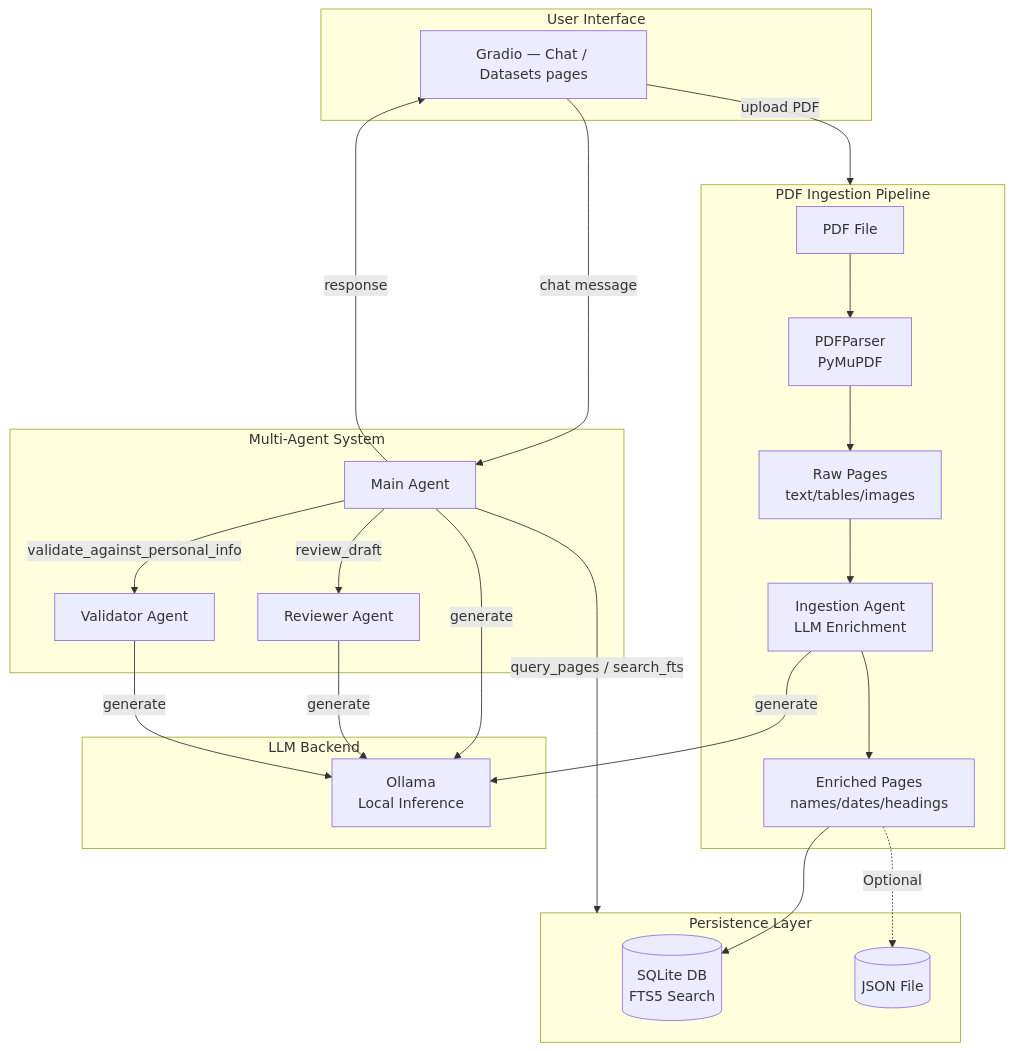
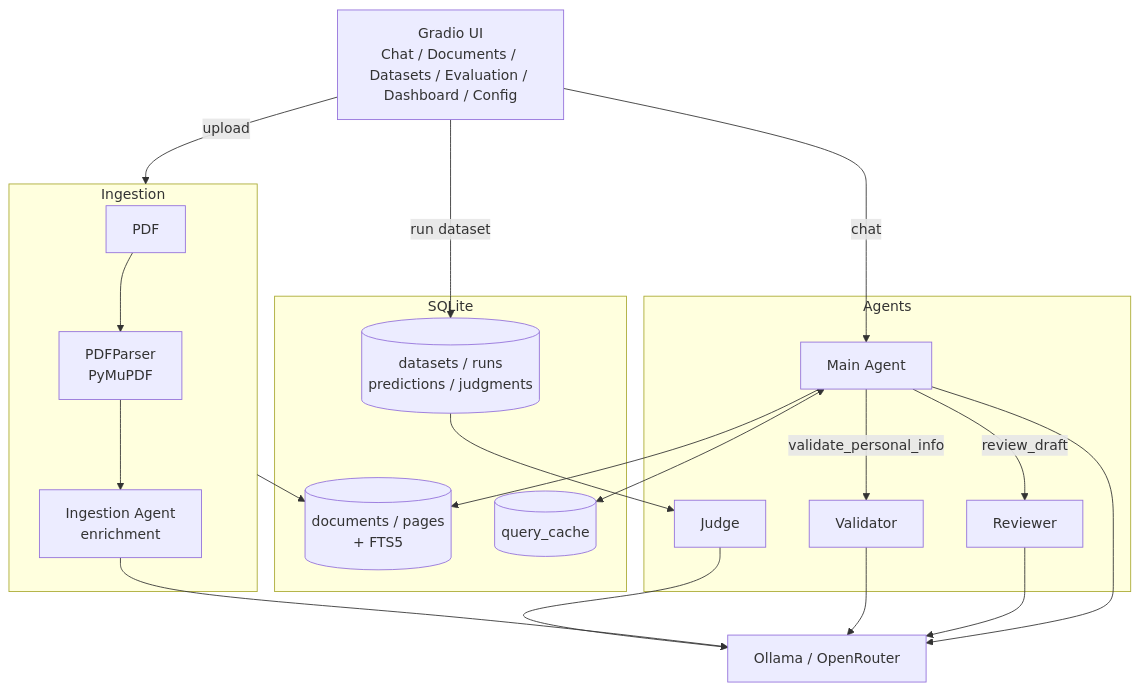
Before and after one commit to dallal9/Doc2Agent: the diagram in README.md, drawn with Mermaid. The commit also changed other lines of this file, not shown here.

````diff
--- a/README.md
+++ b/README.md
@@ -142,39 +66,37 @@
 ```mermaid
 flowchart TB
-    subgraph UI[User Interface]
-        GR[Gradio — Chat / Datasets pages]
+    UI[Gradio UI<br/>Chat / Documents / Datasets / Evaluation / Dashboard / Config]
+
+    subgraph Ingestion[Ingestion]
+        PDF[PDF] --> Parser[PDFParser<br/>PyMuPDF]
+        Parser --> IngAgent[Ingestion Agent<br/>enrichment]
     end
 
-    subgraph Ingestion[PDF Ingestion Pipeline]
-        PDF[PDF File] --> Parser[PDFParser<br/>PyMuPDF]
-        Parser --> RawPages[Raw Pages<br/>text/tables/images]
-        RawPages --> IngAgent[Ingestion Agent<br/>LLM Enrichment]
-        IngAgent --> EnrichedPages[Enriched Pages<br/>names/dates/headings]
+    subgraph Storage[SQLite]
+        Pages[(documents / pages<br/>+ FTS5)]
+        Cache[(query_cache)]
+        EvalDB[(datasets / runs<br/>predictions / judgments)]
     end
 
-    subgraph Storage[Persistence Layer]
-        EnrichedPages --> SQLite[(SQLite DB<br/>FTS5 Search)]
-        EnrichedPages -.->|Optional| JSON[(JSON File)]
+    subgraph Agents[Agents]
+        Main[Main Agent]
+        Reviewer[Reviewer]
+        Validator[Validator]
+        Judge[Judge]
+        Main -->|review_draft| Reviewer
+        Main -->|validate_personal_info| Validator
     end
 
-    subgraph Agents[Multi-Agent System]
-        Main[Main Agent]
-        Reviewer[Reviewer Agent]
-        Validator[Validator Agent]
-        Main -->|review_draft| Reviewer
-        Main -->|validate_against_personal_info| Validator
-    end
+    Backends[Ollama / OpenRouter]
 
-    subgraph LLM[LLM Backend]
-        Ollama[Ollama<br/>Local Inference]
-    end
-
-    GR -->|upload PDF| Ingestion
-    GR -->|chat message| Main
-    Main -->|query_pages / search_fts| Storage
-    Main -->|generate| Ollama
-    Reviewer -->|generate| Ollama
-    Validator -->|generate| Ollama
-    IngAgent -->|generate| Ollama
-    Main -->|response| GR
+    UI -->|upload| Ingestion --> Pages
+    UI -->|chat| Main
+    Main --> Pages
+    Main <--> Cache
+    Main --> Backends
+    Reviewer --> Backends
+    Validator --> Backends
+    IngAgent --> Backends
+    UI -->|run dataset| EvalDB
+    EvalDB --> Judge --> Backends
 ```
````
